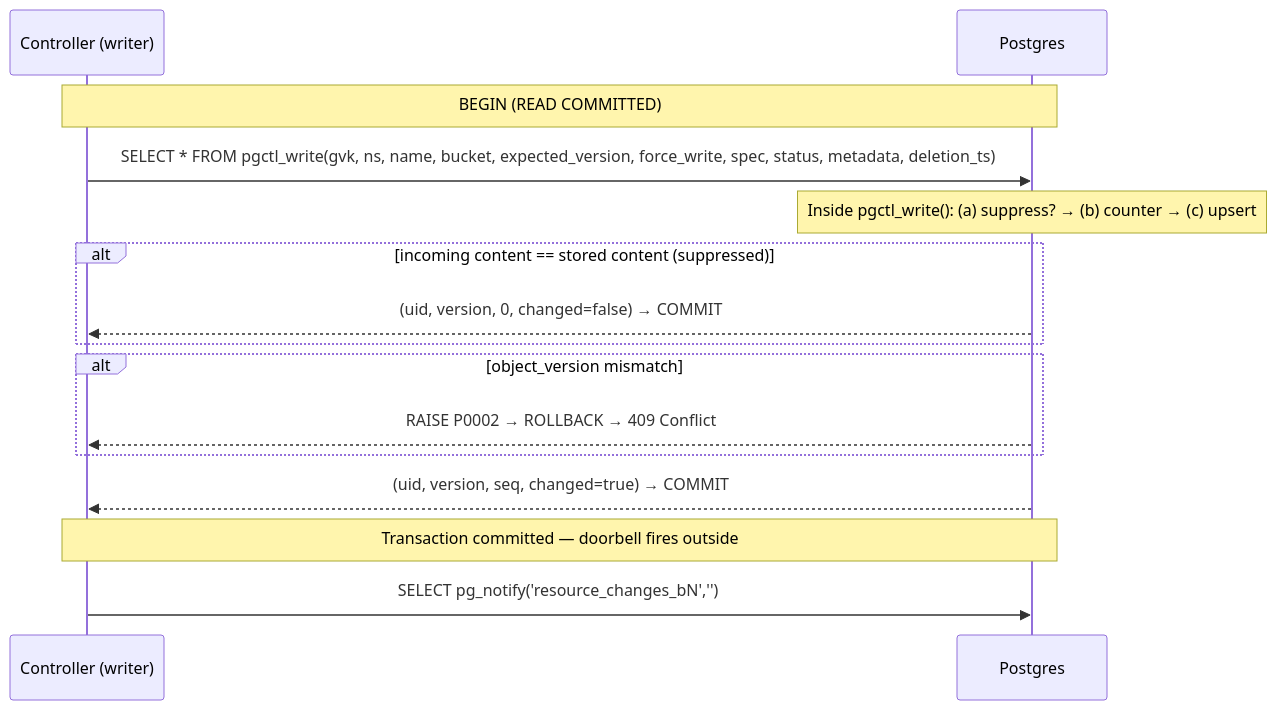
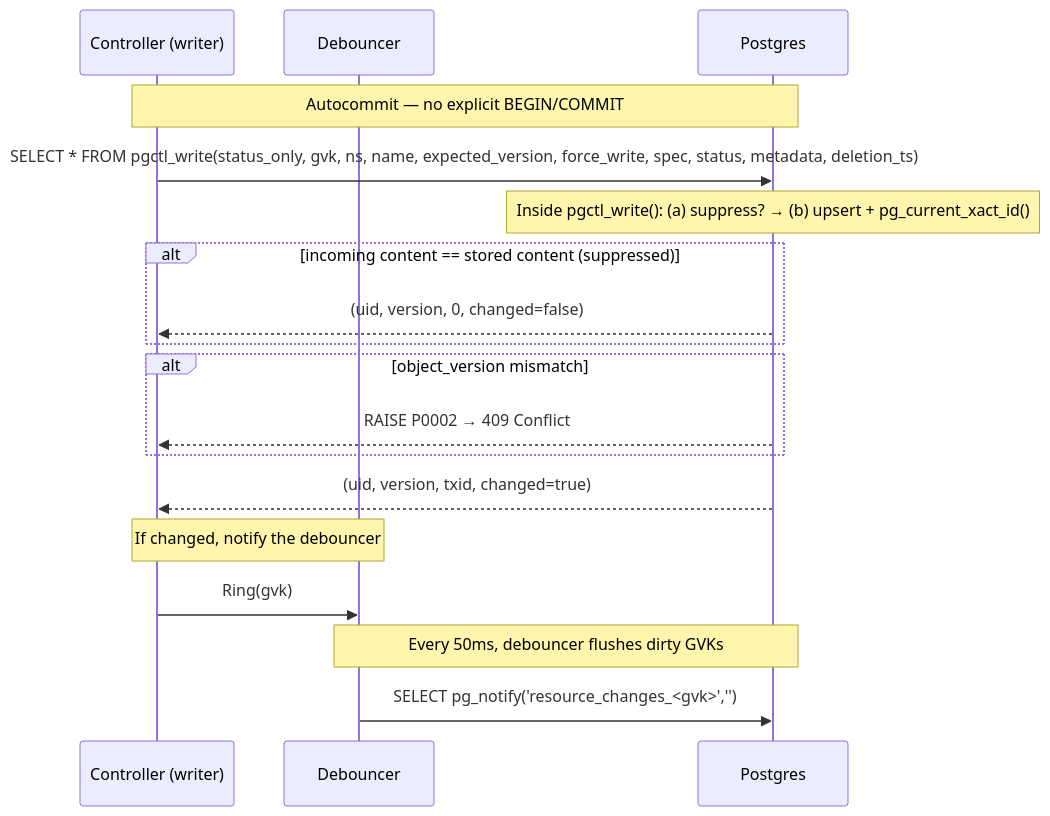
Before and after one commit to jmelis/postgres-controller-backend: the first of 4 diagrams in WALKTHROUGH.md, drawn with Mermaid. The commit also changed other lines of this file and 96 other files, not shown here.

````diff
--- a/WALKTHROUGH.md
+++ b/WALKTHROUGH.md
@@ -131,17 +131,20 @@
 ```mermaid
 sequenceDiagram
     participant C as Controller (writer)
+    participant D as Debouncer
     participant DB as Postgres
-    Note over C,DB: BEGIN (READ COMMITTED)
-    C->>DB: SELECT * FROM pgctl_write(gvk, ns, name, bucket, expected_version, force_write, spec, status, metadata, deletion_ts)
-    Note over DB: Inside pgctl_write(): (a) suppress? → (b) counter → (c) upsert
+    Note over C,DB: Autocommit — no explicit BEGIN/COMMIT
+    C->>DB: SELECT * FROM pgctl_write(status_only, gvk, ns, name, expected_version, force_write, spec, status, metadata, deletion_ts)
+    Note over DB: Inside pgctl_write(): (a) suppress? → (b) upsert + pg_current_xact_id()
     alt incoming content == stored content (suppressed)
-        DB-->>C: (uid, version, 0, changed=false) → COMMIT
+        DB-->>C: (uid, version, 0, changed=false)
     end
     alt object_version mismatch
-        DB-->>C: RAISE P0002 → ROLLBACK → 409 Conflict
+        DB-->>C: RAISE P0002 → 409 Conflict
     end
-    DB-->>C: (uid, version, seq, changed=true) → COMMIT
-    Note over C,DB: Transaction committed — doorbell fires outside
-    C->>DB: SELECT pg_notify('resource_changes_bN','')
+    DB-->>C: (uid, version, txid, changed=true)
+    Note over C,D: If changed, notify the debouncer
+    C->>D: Ring(gvk)
+    Note over D,DB: Every 50ms, debouncer flushes dirty GVKs
+    D->>DB: SELECT pg_notify('resource_changes_<gvk>','')
 ```
````
